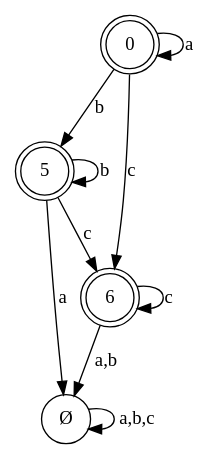
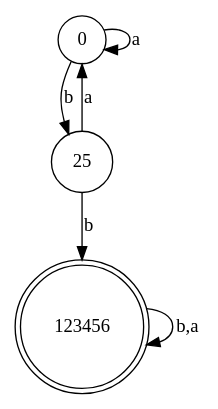
One commit to igorbragaia/CTC-34 changed the diagram in projeto_1/test-output/graph.gv. Above: the diagram before and after it, drawn with Graphviz. The commit also changed 4 other files, not shown here.

```diff
--- a/projeto_1/test-output/graph.gv
+++ b/projeto_1/test-output/graph.gv
@@ -1,15 +1,10 @@
 digraph {
-	0 [shape=doublecircle]
-	5 [shape=doublecircle]
-	6 [shape=doublecircle]
-	"Ø" [shape=circle]
-	0 -> 5 [label=b]
-	0 -> 6 [label=c]
-	5 -> 6 [label=c]
-	"Ø" -> "Ø" [label="a,b,c"]
-	5 -> "Ø" [label=a]
-	6 -> "Ø" [label="a,b"]
-	6 -> 6 [label=c]
-	5 -> 5 [label=b]
+	0 [shape=circle]
+	25 [shape=circle]
+	123456 [shape=doublecircle]
+	0 -> 25 [label=b]
+	25 -> 123456 [label=b]
+	123456 -> 123456 [label="b,a"]
 	0 -> 0 [label=a]
+	25 -> 0 [label=a]
 }
```
